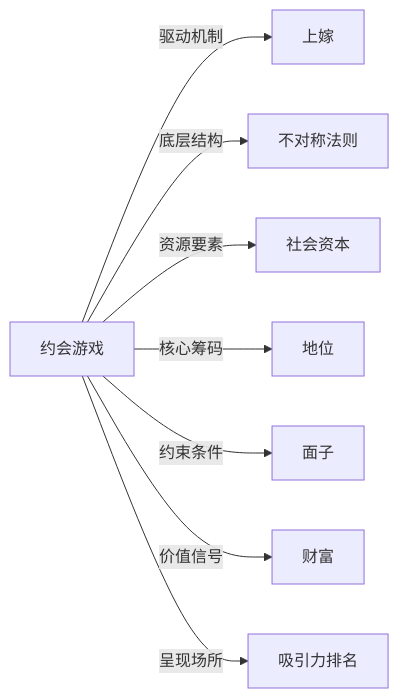
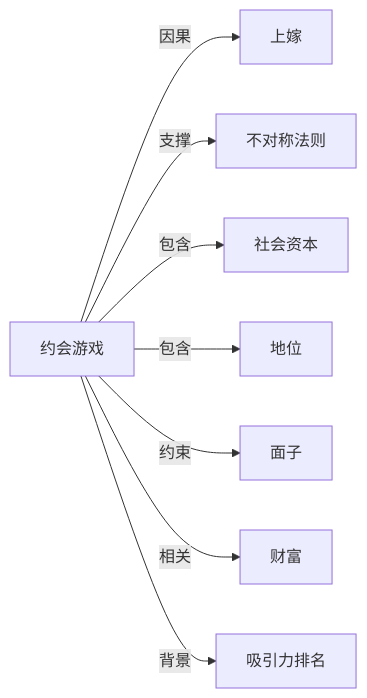
Before and after one commit to KIMMCHOW/MyKnowledge: the diagram in Knowledge/Concepts/社会学/约会游戏.md, drawn with Mermaid. The commit also changed 95 other files, not shown here.

Commit message:
reorganize: 统一关系图边标签为11类

````diff
--- a/Knowledge/Concepts/社会学/约会游戏.md
+++ b/Knowledge/Concepts/社会学/约会游戏.md
@@ -47,10 +47,10 @@
 ```mermaid
 graph LR
-约会游戏 -->|驱动机制| 上嫁
-约会游戏 -->|底层结构| 不对称法则
-约会游戏 -->|资源要素| 社会资本
-约会游戏 -->|核心筹码| 地位
-约会游戏 -->|约束条件| 面子
-约会游戏 -->|价值信号| 财富
-约会游戏 -->|呈现场所| 吸引力排名
+约会游戏 -->|因果| 上嫁
+约会游戏 -->|支撑| 不对称法则
+约会游戏 -->|包含| 社会资本
+约会游戏 -->|包含| 地位
+约会游戏 -->|约束| 面子
+约会游戏 -->|相关| 财富
+约会游戏 -->|背景| 吸引力排名
 ```
````
